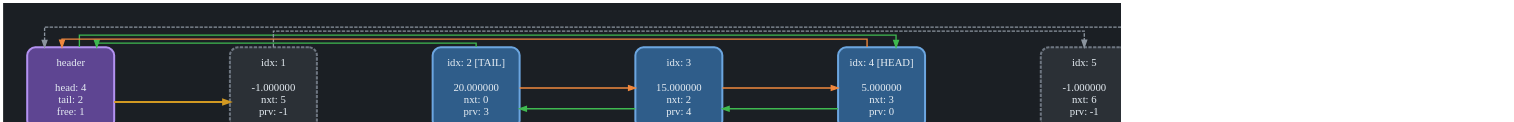
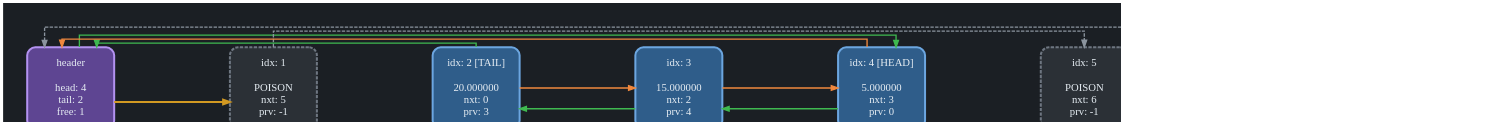
Before and after one commit to OkulovDmitry/Doubly-Linked-List: the diagram in dot_of_dumps/dump2_ortho.dot, drawn with Graphviz. The commit also changed 15 other files, not shown here.

```diff
--- a/dot_of_dumps/dump2_ortho.dot
+++ b/dot_of_dumps/dump2_ortho.dot
@@ -1,34 +1,34 @@
 digraph list {
   graph [dpi=100, bgcolor="#1B1F24", splines=ortho, pad=0.5, nodesep=2.4, ranksep=1.5];
   node  [shape=rectangle, style="rounded,filled", fontcolor="#E6EDF3", fontsize=16, width=1.8, height=1.7, fixedsize=true, penwidth=3];
   edge  [penwidth=2, arrowsize=1.0];
   cell0 [fillcolor="#5e4592", color="#B392F0", label="header\n\nhead: 4\ntail: 2\nfree: 1"];
-  cell1 [fillcolor="#2B3036", color="#6E7681", style="rounded,filled,dashed", label="idx: 1\n\n-1.000000\nnxt: 5\nprv: -1"];
+  cell1 [fillcolor="#2B3036", color="#6E7681", style="rounded,filled,dashed", label="idx: 1\n\nPOISON\nnxt: 5\nprv: -1"];
   cell2 [fillcolor="#2F5D8A", color="#6CA6E0", label="idx: 2 [TAIL]\n\n20.000000\nnxt: 0\nprv: 3"];
   cell3 [fillcolor="#2F5D8A", color="#6CA6E0", label="idx: 3\n\n15.000000\nnxt: 2\nprv: 4"];
   cell4 [fillcolor="#2F5D8A", color="#6CA6E0", label="idx: 4 [HEAD]\n\n5.000000\nnxt: 3\nprv: 0"];
-  cell5 [fillcolor="#2B3036", color="#6E7681", style="rounded,filled,dashed", label="idx: 5\n\n-1.000000\nnxt: 6\nprv: -1"];
-  cell6 [fillcolor="#2B3036", color="#6E7681", style="rounded,filled,dashed", label="idx: 6\n\n-1.000000\nnxt: 7\nprv: -1"];
-  cell7 [fillcolor="#2B3036", color="#6E7681", style="rounded,filled,dashed", label="idx: 7\n\n-1.000000\nnxt: 0\nprv: -1"];
+  cell5 [fillcolor="#2B3036", color="#6E7681", style="rounded,filled,dashed", label="idx: 5\n\nPOISON\nnxt: 6\nprv: -1"];
+  cell6 [fillcolor="#2B3036", color="#6E7681", style="rounded,filled,dashed", label="idx: 6\n\nPOISON\nnxt: 7\nprv: -1"];
+  cell7 [fillcolor="#2B3036", color="#6E7681", style="rounded,filled,dashed", label="idx: 7\n\nPOISON\nnxt: 0\nprv: -1"];
   { rank=same; cell0; cell1; cell2; cell3; cell4; cell5; cell6; cell7; }
   cell0 -> cell1 [style=invis, weight=100];
   cell1 -> cell2 [style=invis, weight=100];
   cell2 -> cell3 [style=invis, weight=100];
   cell3 -> cell4 [style=invis, weight=100];
   cell4 -> cell5 [style=invis, weight=100];
   cell5 -> cell6 [style=invis, weight=100];
   cell6 -> cell7 [style=invis, weight=100];
   cell0 -> cell4 [color="#3FB950"];
   cell0 -> cell2 [color="#F0883E"];
   cell1 -> cell5 [color="#8B949E", style=dashed];
   cell2 -> cell0 [color="#3FB950"];
   cell2 -> cell3 [color="#F0883E"];
   cell3 -> cell2 [color="#3FB950"];
   cell3 -> cell4 [color="#F0883E"];
   cell4 -> cell3 [color="#3FB950"];
   cell4 -> cell0 [color="#F0883E"];
   cell5 -> cell6 [color="#8B949E", style=dashed];
   cell6 -> cell7 [color="#8B949E", style=dashed];
   cell7 -> cell0 [color="#8B949E", style=dashed];
   cell0 -> cell1 [color="#D29922", penwidth=3, style=bold];
 }
```
